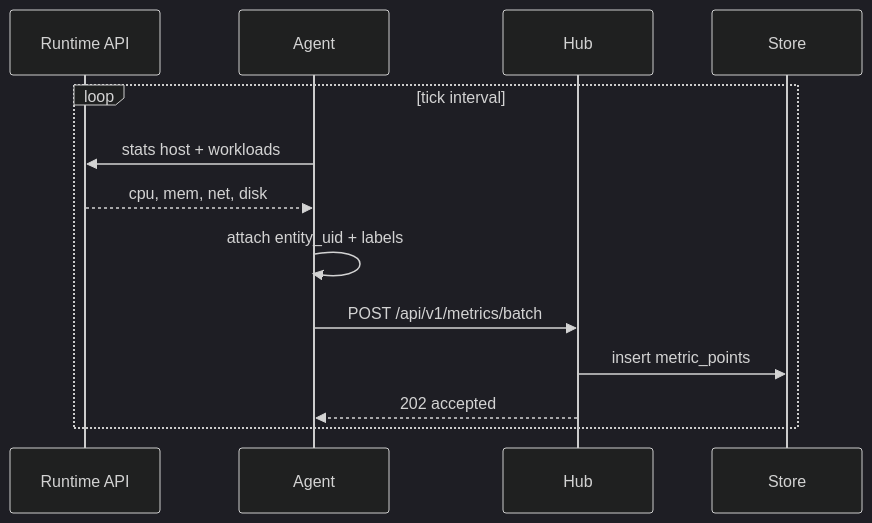
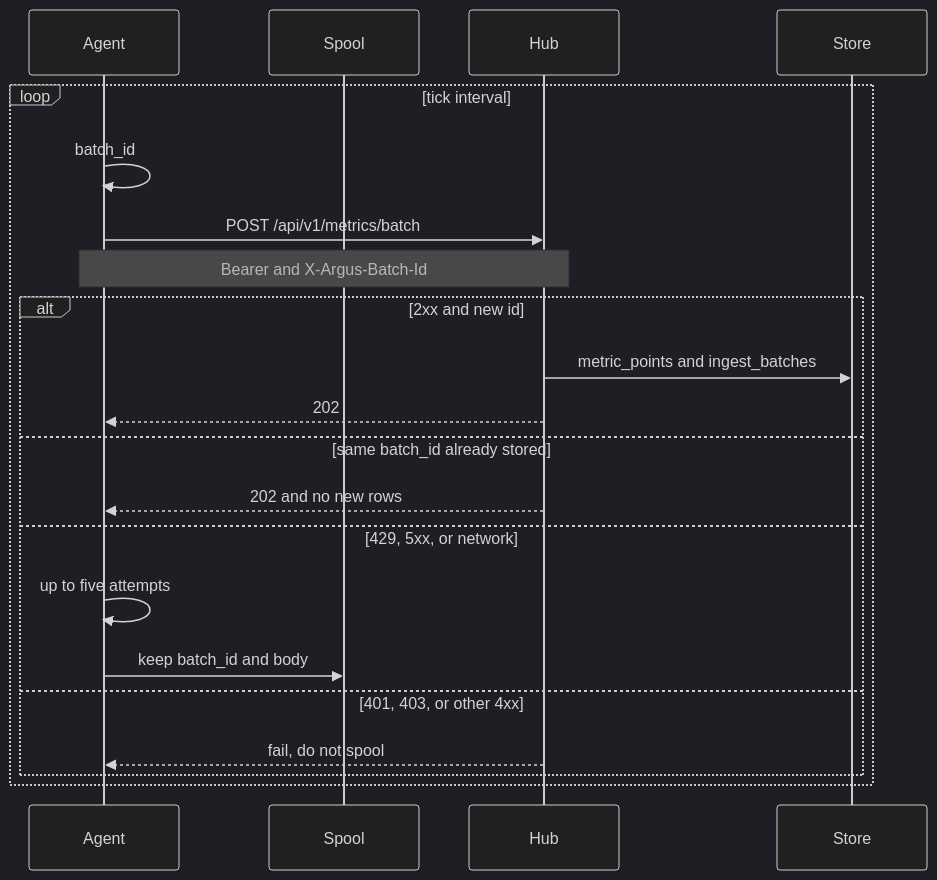
One commit to HarryRaddatz/argus-observability changed the first of 2 diagrams in docs/flows/metrics-ingestion.md. Above: the diagram before and after it, drawn with Mermaid (dark theme). The commit also changed other lines of this file and 71 other files, not shown here.

First line of the commit message:
feat: keep collected batches and lock query routes

````diff
--- a/docs/flows/metrics-ingestion.md
+++ b/docs/flows/metrics-ingestion.md
@@ -7,16 +7,24 @@
 ```mermaid
 sequenceDiagram
-  participant Runtime as Runtime API
   participant Agent
+  participant Spool
   participant Hub
   participant Store
 
   loop tick interval
-    Agent->>Runtime: stats host + workloads
-    Runtime-->>Agent: cpu, mem, net, disk
-    Agent->>Agent: attach entity_uid + labels
+    Agent->>Agent: batch_id
     Agent->>Hub: POST /api/v1/metrics/batch
-    Hub->>Store: insert metric_points
-    Hub-->>Agent: 202 accepted
+    Note over Agent,Hub: Bearer and X-Argus-Batch-Id
+    alt 2xx and new id
+      Hub->>Store: metric_points and ingest_batches
+      Hub-->>Agent: 202
+    else same batch_id already stored
+      Hub-->>Agent: 202 and no new rows
+    else 429, 5xx, or network
+      Agent->>Agent: up to five attempts
+      Agent->>Spool: keep batch_id and body
+    else 401, 403, or other 4xx
+      Hub-->>Agent: fail, do not spool
+    end
   end
 ```
````
